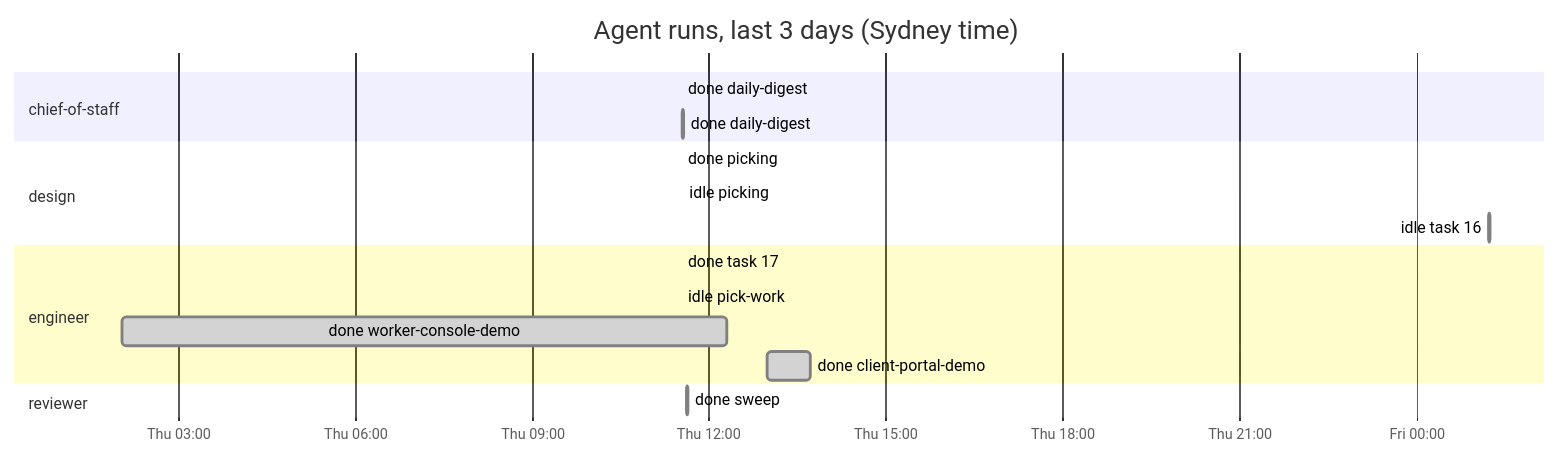
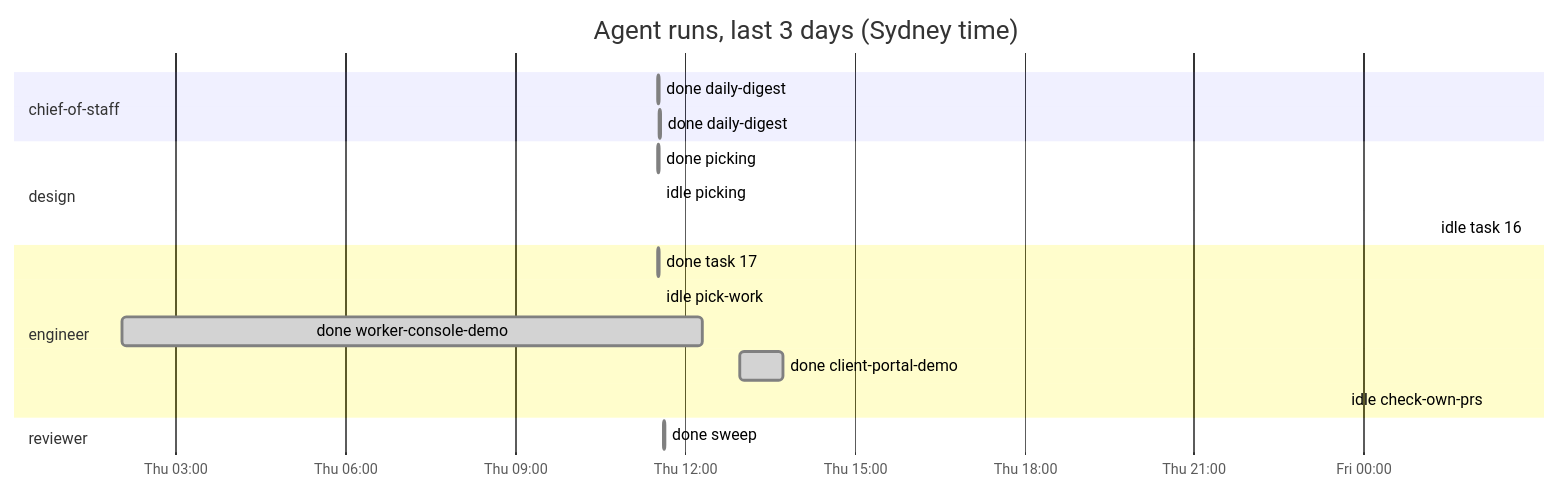
The diagram in dashboard.md (roulmediateam-byte/fifteen-expert-hq), drawn with Mermaid before and after one commit. The commit also changed other lines of this file and 1 other file, not shown here.

````diff
--- a/dashboard.md
+++ b/dashboard.md
@@ -33,20 +33,21 @@
 ```mermaid
 gantt
     title Agent runs, last 3 days (Sydney time)
     dateFormat YYYY-MM-DD HH:mm
     axisFormat %a %H:%M
     section chief-of-staff
     done daily-digest :done, 2026-11-05 11:31, 2026-11-05 11:32
     done daily-digest :done, 2026-11-05 11:33, 2026-11-05 11:34
     section design
     done picking :done, 2026-11-05 11:31, 2026-11-05 11:32
     idle picking :done, 2026-11-05 11:33, 2026-11-05 11:33
     idle task 16 :done, 2026-11-06 01:14, 2026-11-06 01:15
     section engineer
     done task 17 :done, 2026-11-05 11:31, 2026-11-05 11:32
     idle pick-work :done, 2026-11-05 11:32, 2026-11-05 11:32
     done worker-console-demo :done, 2026-11-05 02:03, 2026-11-05 12:19
     done client-portal-demo :done, 2026-11-05 12:59, 2026-11-05 13:44
+    idle check-own-prs :done, 2026-11-06 02:14, 2026-11-06 02:14
     section reviewer
     done sweep :done, 2026-11-05 11:37, 2026-11-05 11:39
 ```
````
